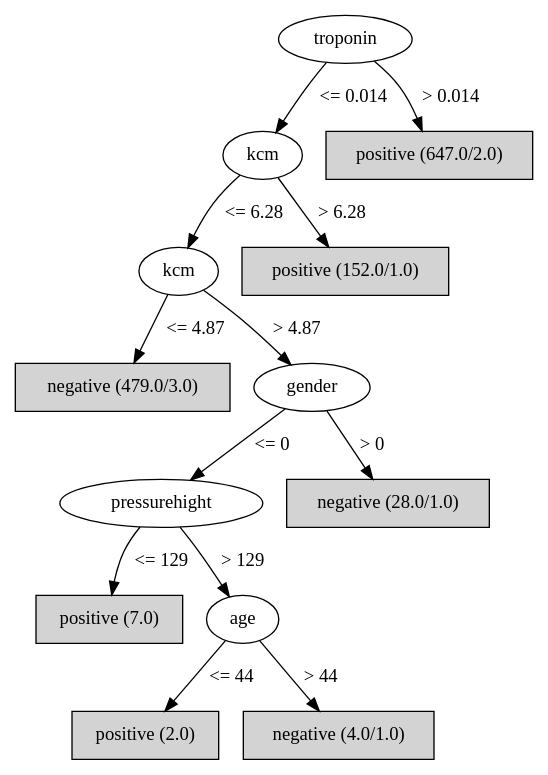
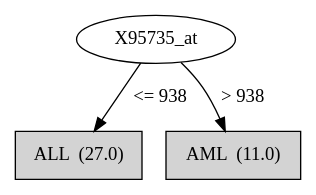
Before and after one commit to paolaqv/heart-attack: the diagram in src/main/resources/static/images/arbol.dot, drawn with Graphviz. The commit also changed 7 other files, not shown here.

```diff
--- a/src/main/resources/static/images/arbol.dot
+++ b/src/main/resources/static/images/arbol.dot
@@ -1,27 +1,7 @@
 digraph J48Tree {
-N0 [label="troponin" ]
-N0->N1 [label="<= 0.014"]
-N1 [label="kcm" ]
-N1->N2 [label="<= 6.28"]
-N2 [label="kcm" ]
-N2->N3 [label="<= 4.87"]
-N3 [label="negative (479.0/3.0)" shape=box style=filled ]
-N2->N4 [label="> 4.87"]
-N4 [label="gender" ]
-N4->N5 [label="<= 0"]
-N5 [label="pressurehight" ]
-N5->N6 [label="<= 129"]
-N6 [label="positive (7.0)" shape=box style=filled ]
-N5->N7 [label="> 129"]
-N7 [label="age" ]
-N7->N8 [label="<= 44"]
-N8 [label="positive (2.0)" shape=box style=filled ]
-N7->N9 [label="> 44"]
-N9 [label="negative (4.0/1.0)" shape=box style=filled ]
-N4->N10 [label="> 0"]
-N10 [label="negative (28.0/1.0)" shape=box style=filled ]
-N1->N11 [label="> 6.28"]
-N11 [label="positive (152.0/1.0)" shape=box style=filled ]
-N0->N12 [label="> 0.014"]
-N12 [label="positive (647.0/2.0)" shape=box style=filled ]
+N0 [label="X95735_at" ]
+N0->N1 [label="<= 938"]
+N1 [label="ALL  (27.0)" shape=box style=filled ]
+N0->N2 [label="> 938"]
+N2 [label="AML  (11.0)" shape=box style=filled ]
 }
```
